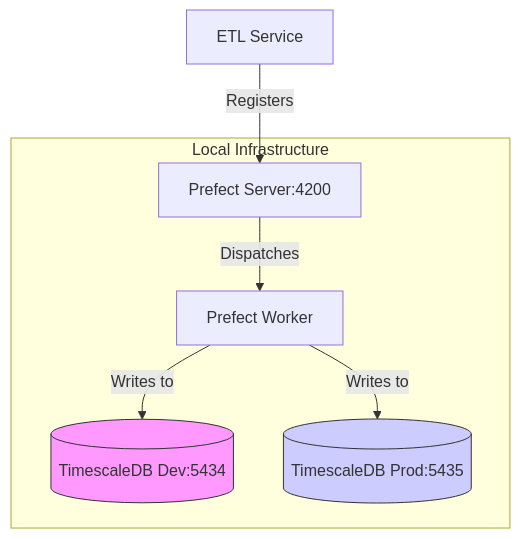
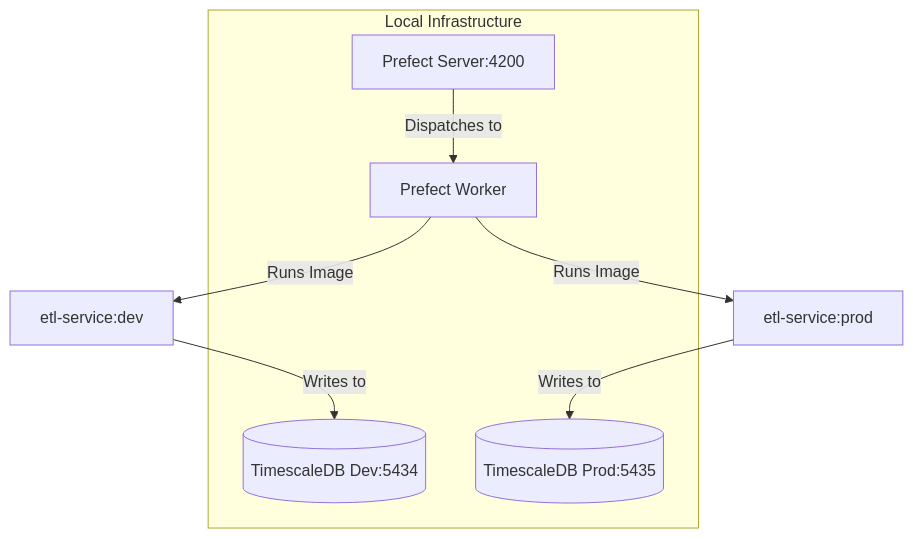
One commit to stavyos/enterprise-level-software changed the diagram in pull_requests/PR-8.md. Above: the diagram before and after it, drawn with Mermaid. The commit also changed other lines of this file, not shown here.

````diff
--- a/pull_requests/PR-8.md
+++ b/pull_requests/PR-8.md
@@ -34,17 +27,16 @@
 ```mermaid
 graph TD
     subgraph Local Infrastructure
         DB_DEV[(TimescaleDB Dev:5434)]
         DB_PROD[(TimescaleDB Prod:5435)]
         P_SERVER[Prefect Server:4200]
         P_WORKER[Prefect Worker]
     end
 
-    ETL[ETL Service] -->|Registers| P_SERVER
-    P_SERVER -->|Dispatches| P_WORKER
-    P_WORKER -->|Writes to| DB_DEV
-    P_WORKER -->|Writes to| DB_PROD
+    ETL_DEV[etl-service:dev] -->|Writes to| DB_DEV
+    ETL_PROD[etl-service:prod] -->|Writes to| DB_PROD
 
-    style DB_DEV fill:#f9f,stroke:#333
-    style DB_PROD fill:#ccf,stroke:#333
+    P_SERVER -->|Dispatches to| P_WORKER
+    P_WORKER -->|Runs Image| ETL_DEV
+    P_WORKER -->|Runs Image| ETL_PROD
 ```
````
